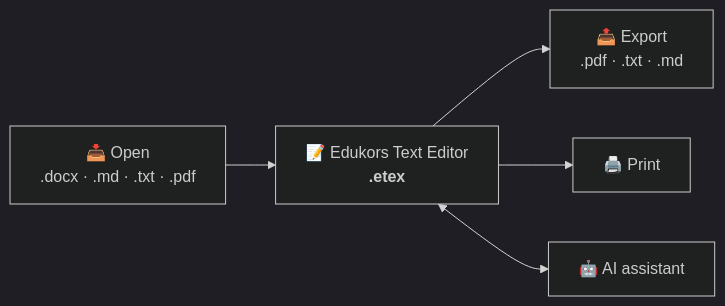
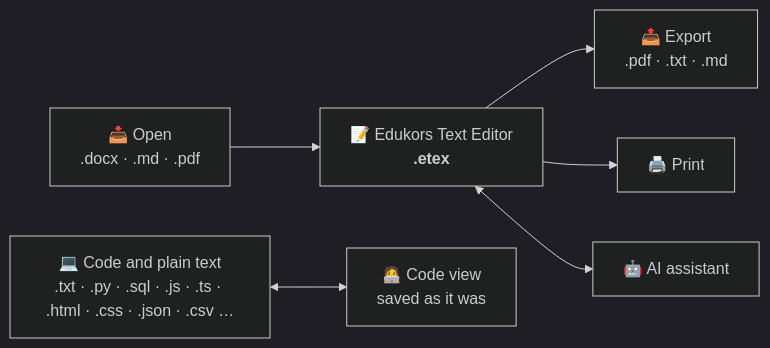
The diagram in README.md (mgarlabx/edukors_text_editor), drawn with Mermaid (dark theme) before and after one commit. The commit also changed other lines of this file and 15 other files, not shown here.

First line of the commit message:
Code view for code and plain-text files; selection count; join lines

````diff
--- a/README.md
+++ b/README.md
@@ -55,7 +56,8 @@
 ```mermaid
 flowchart LR
-    I["📥 Open<br/>.docx · .md · .txt · .pdf"] --> E["📝 Edukors Text Editor<br/><b>.etex</b>"]
+    I["📥 Open<br/>.docx · .md · .pdf"] --> E["📝 Edukors Text Editor<br/><b>.etex</b>"]
+    C["💻 Code and plain text<br/>.txt · .py · .sql · .js · .ts · .html · .css · .json · .csv …"] <--> K["🧑‍💻 Code view<br/>saved as it was"]
     E --> O["📤 Export<br/>.pdf · .txt · .md"]
     E --> P["🖨️ Print"]
     E <--> A["🤖 AI assistant"]
 ```
````
